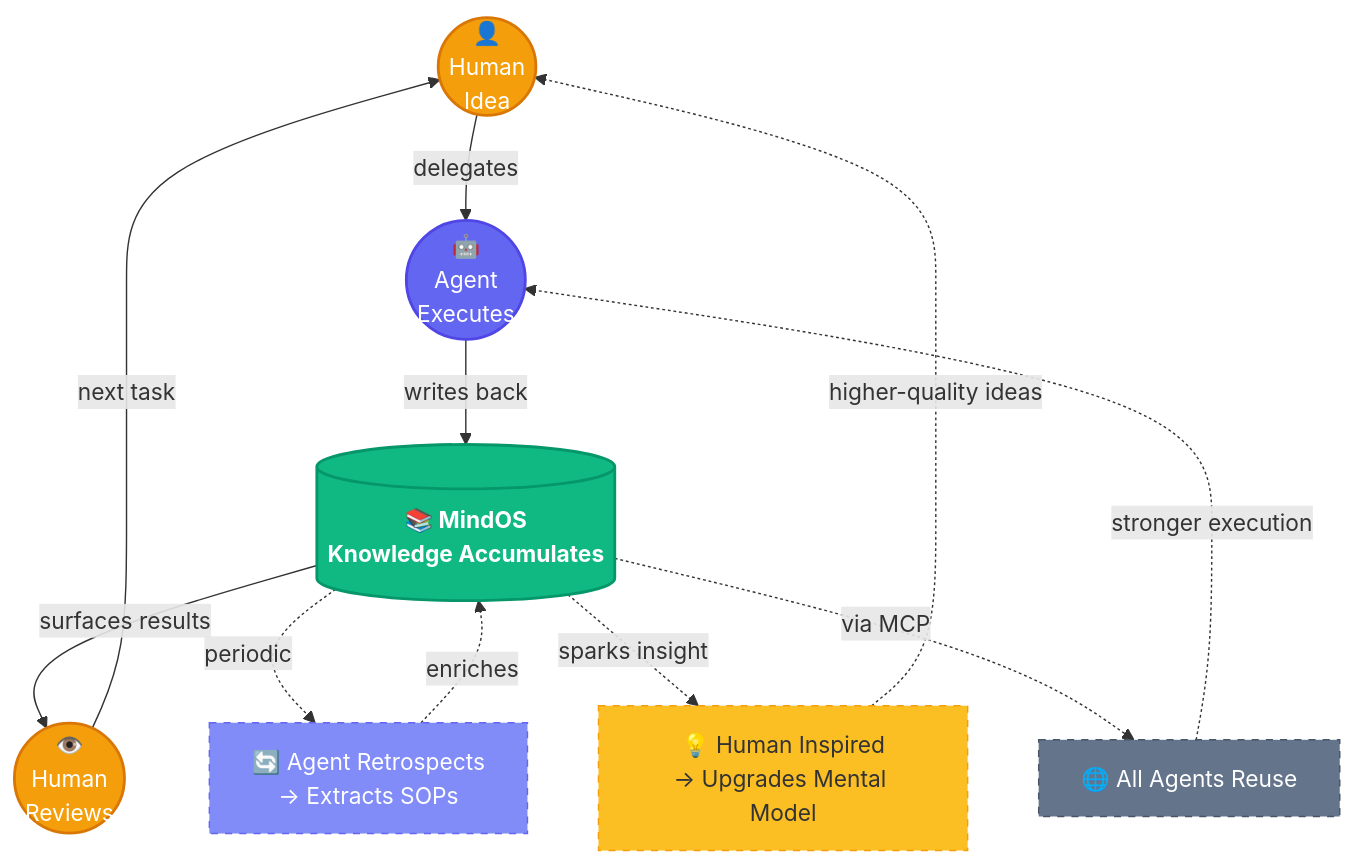
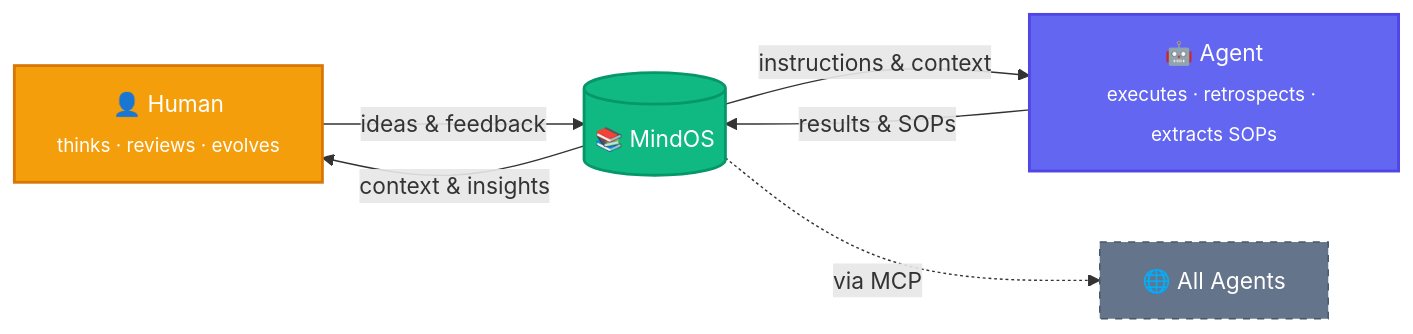
One commit to ShinnChow/MindOS changed the diagram in README.md. Above: the diagram before and after it, drawn with Mermaid. The commit also changed other lines of this file and 5 other files, not shown here.

````diff
--- a/README.md
+++ b/README.md
@@ -75,32 +79,18 @@
 ```mermaid
-graph TB
-    H(("👤<br/>Human<br/>Idea"))
-    A(("🤖<br/>Agent<br/>Executes"))
-    M[("📚 MindOS<br/>Knowledge Accumulates")]
-    R(("👁️<br/>Human<br/>Reviews"))
+graph LR
+    H["👤 Human<br/><sub>thinks · reviews · evolves</sub>"]
+    M[("📚 MindOS")]
+    A["🤖 Agent<br/><sub>executes · retrospects · extracts SOPs</sub>"]
+    EXT["🌐 All Agents"]
 
-    H -- "delegates" --> A
-    A -- "writes back" --> M
-    M -- "surfaces results" --> R
-    R -- "next task" --> H
-
-    S1["🔄 Agent Retrospects<br/>→ Extracts SOPs"]
-    M -. "periodic" .-> S1
-    S1 -. "enriches" .-> M
-
-    S2["💡 Human Inspired<br/>→ Upgrades Mental Model"]
-    M -. "sparks insight" .-> S2
-    S2 -. "higher-quality ideas" .-> H
-
-    EXT["🌐 All Agents Reuse"]
+    H -- "ideas & feedback" --> M
+    M -- "context & insights" --> H
+    M -- "instructions & context" --> A
+    A -- "results & SOPs" --> M
     M -. "via MCP" .-> EXT
-    EXT -. "stronger execution" .-> A
 
     style H fill:#f59e0b,stroke:#d97706,color:#fff,stroke-width:2px
+    style M fill:#10b981,stroke:#059669,color:#fff,stroke-width:2px
     style A fill:#6366f1,stroke:#4f46e5,color:#fff,stroke-width:2px
-    style M fill:#10b981,stroke:#059669,color:#fff,stroke-width:2px,font-weight:bold
-    style R fill:#f59e0b,stroke:#d97706,color:#fff,stroke-width:2px
-    style S1 fill:#818cf8,stroke:#6366f1,color:#fff,stroke-dasharray:5 5
-    style S2 fill:#fbbf24,stroke:#f59e0b,color:#333,stroke-dasharray:5 5
     style EXT fill:#64748b,stroke:#475569,color:#fff,stroke-dasharray:5 5
 ```
````
